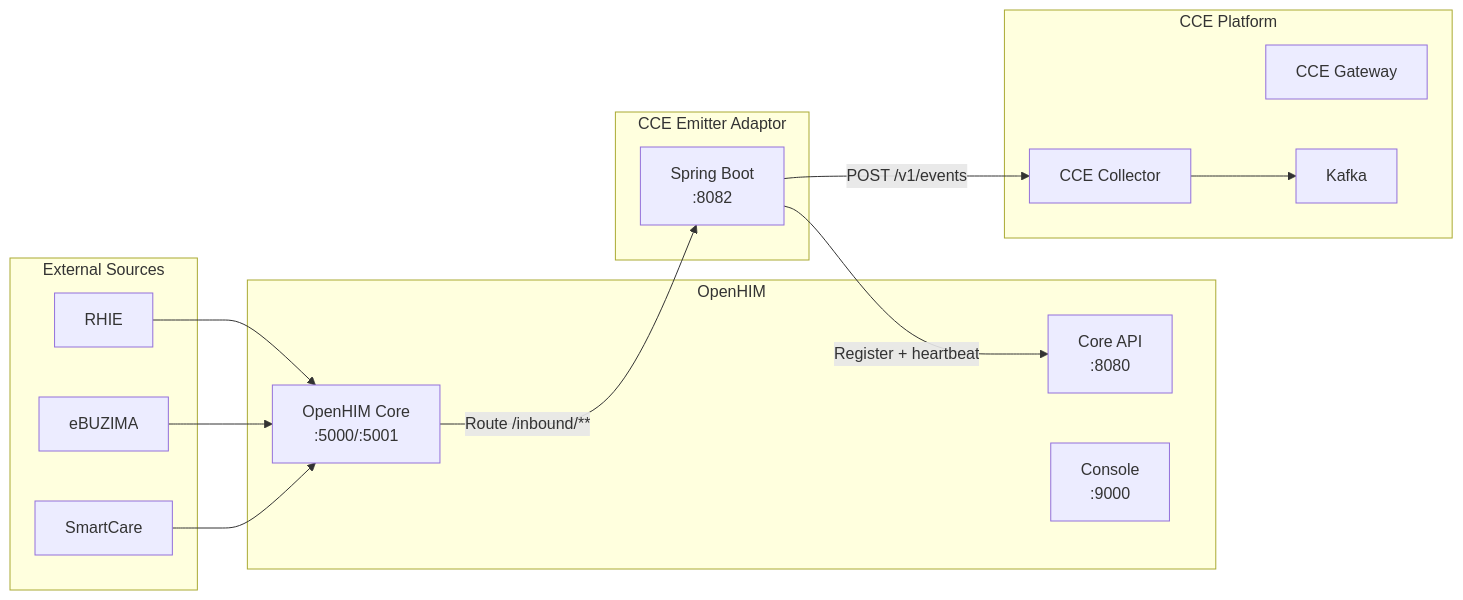
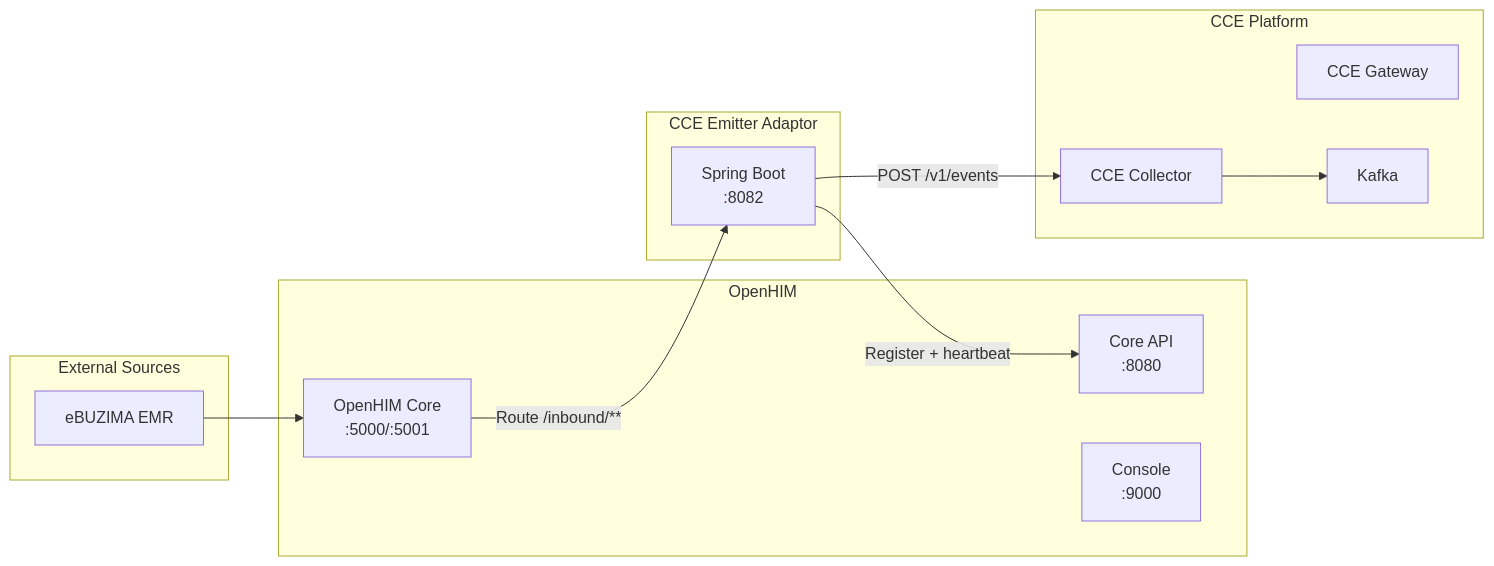
The ninth of 9 diagrams in docs/flow-diagrams.md (Jayaprakash8887/openhim-cce-emitter-adaptor), drawn with Mermaid before and after one commit. The commit also changed other lines of this file and 7 other files, not shown here.

````diff
--- a/docs/flow-diagrams.md
+++ b/docs/flow-diagrams.md
@@ -350,33 +320,29 @@
 ```mermaid
 flowchart LR
     subgraph "External Sources"
-        A1[RHIE]
-        A2[eBUZIMA]
-        A3[SmartCare]
+        A2[eBUZIMA EMR]
     end
 
     subgraph "OpenHIM"
         OHC[OpenHIM Core<br/>:5000/:5001]
         OHC_API[Core API<br/>:8080]
         OHC_CON[Console<br/>:9000]
     end
 
     subgraph "CCE Emitter Adaptor"
         EA[Spring Boot<br/>:8082]
     end
 
     subgraph "CCE Platform"
         GW[CCE Gateway]
         COL[CCE Collector]
         KAFKA[Kafka]
     end
 
-    A1 --> OHC
     A2 --> OHC
-    A3 --> OHC
 
     OHC -->|"Route /inbound/**"| EA
     EA -->|"Register + heartbeat"| OHC_API
     EA -->|"POST /v1/events"| COL
     COL --> KAFKA
 ```
````
